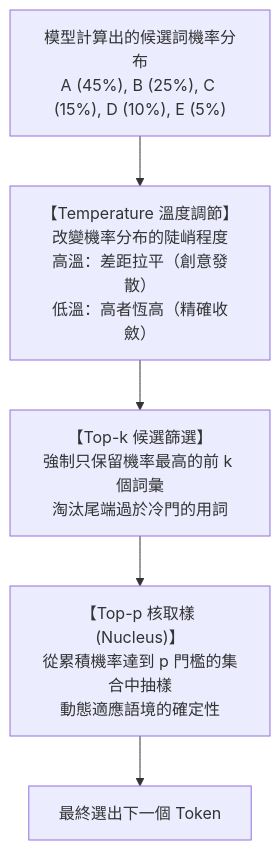
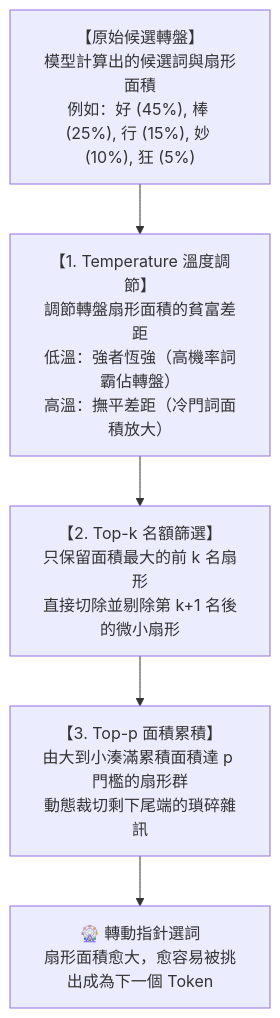
One commit to sungchien/Content-Design changed the second of 5 diagrams in 03_生成式AI原理與提示工程.md. Above: the diagram before and after it, drawn with Mermaid. The commit also changed other lines of this file, not shown here.

````diff
--- a/03_生成式AI原理與提示工程.md
+++ b/03_生成式AI原理與提示工程.md
@@ -194,8 +203,8 @@
 ```mermaid
 flowchart TD
-    Prob["模型計算出的候選詞機率分布<br/>A (45%), B (25%), C (15%), D (10%), E (5%)"] --> Temp["【Temperature 溫度調節】<br/>改變機率分布的陡峭程度<br/>高溫：差距拉平（創意發散）<br/>低溫：高者恆高（精確收斂）"]
-    Temp --> TopK["【Top-k 候選篩選】<br/>強制只保留機率最高的前 k 個詞彙<br/>淘汰尾端過於冷門的用詞"]
-    TopK --> TopP["【Top-p 核取樣 (Nucleus)】<br/>從累積機率達到 p 門檻的集合中抽樣<br/>動態適應語境的確定性"]
-    TopP --> Selected["最終選出下一個 Token"]
+    Prob["【原始候選轉盤】<br/>模型計算出的候選詞與扇形面積<br/>例如：好 (45%), 棒 (25%), 行 (15%), 妙 (10%), 狂 (5%)"] --> Temp["【1. Temperature 溫度調節】<br/>調節轉盤扇形面積的貧富差距<br/>低溫：強者恆強（高機率詞霸佔轉盤）<br/>高溫：撫平差距（冷門詞面積放大）"]
+    Temp --> TopK["【2. Top-k 名額篩選】<br/>只保留面積最大的前 k 名扇形<br/>直接切除並剔除第 k+1 名後的微小扇形"]
+    TopK --> TopP["【3. Top-p 面積累積】<br/>由大到小湊滿累積面積達 p 門檻的扇形群<br/>動態裁切剩下尾端的瑣碎雜訊"]
+    TopP --> Selected["🎡 轉動指針選詞<br/>扇形面積愈大，愈容易被挑出成為下一個 Token"]
 
 ```
````
